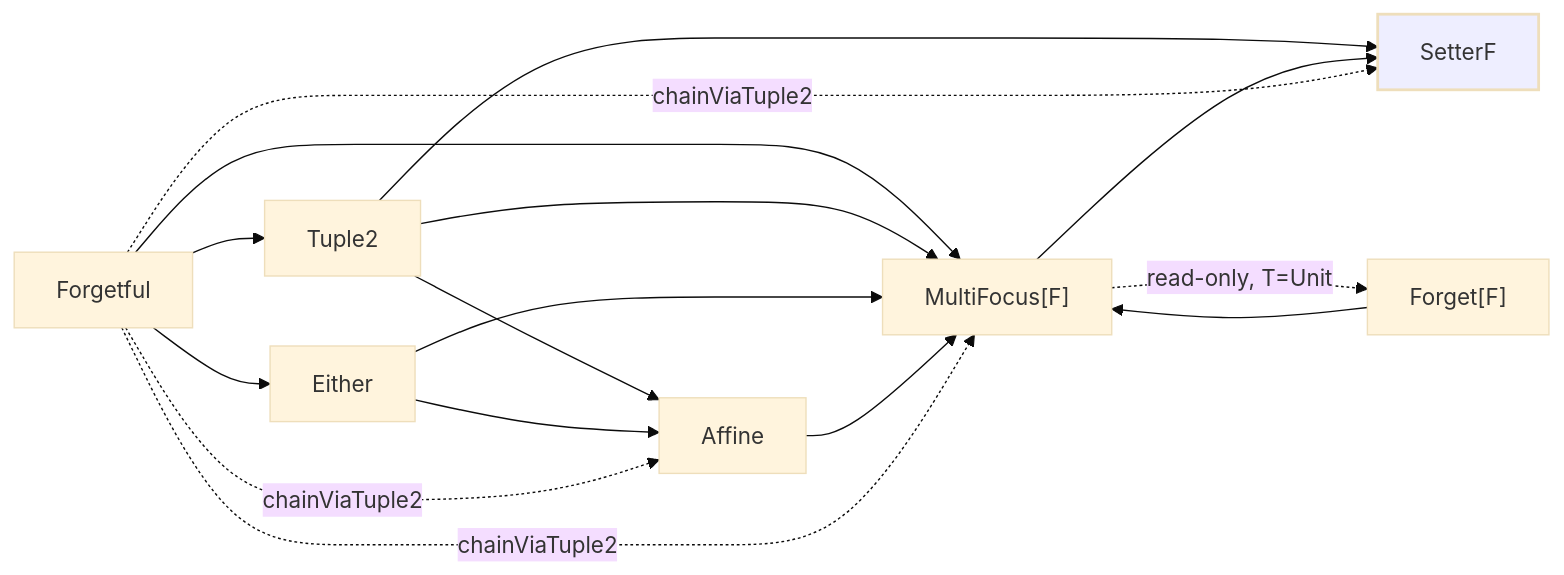
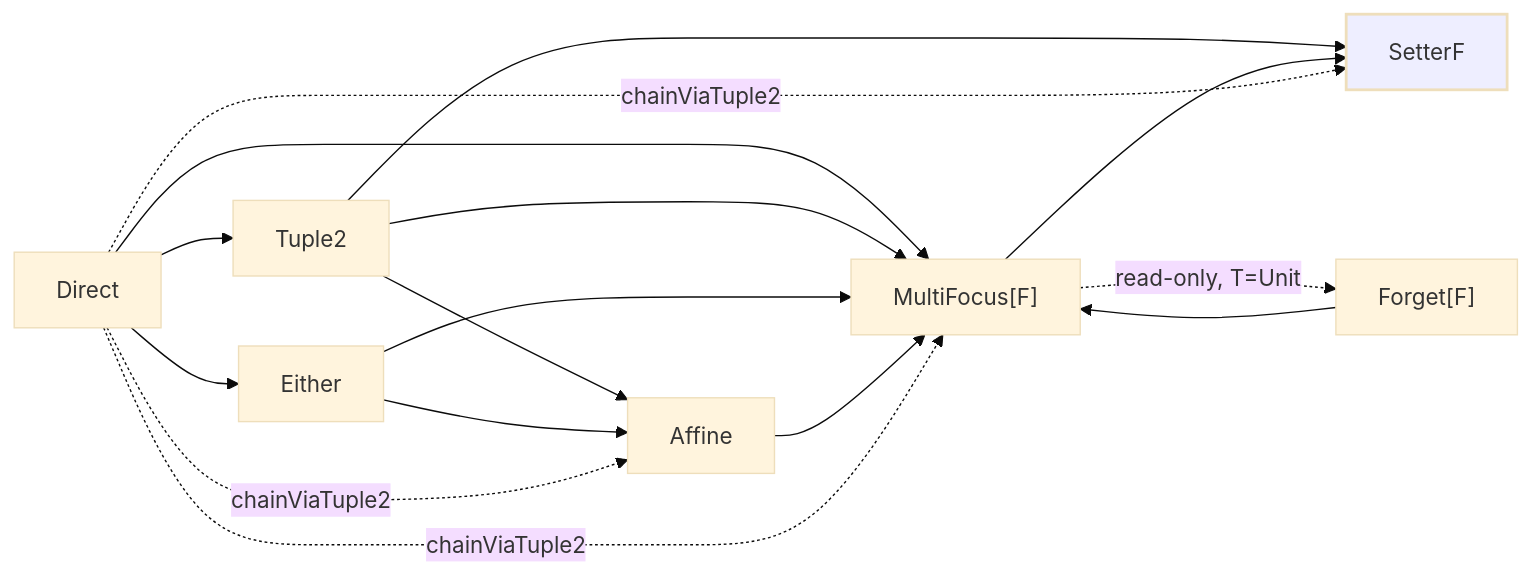
One commit to Constructive-Programming/eo changed the diagram in site/docs/concepts.md. Above: the diagram before and after it, drawn with Mermaid (base theme). The commit also changed other lines of this file and 33 other files, not shown here.

First line of the commit message:
refactor!: rename identity carrier Forgetful -> Direct

````diff
--- a/site/docs/concepts.md
+++ b/site/docs/concepts.md
@@ -177,20 +177,20 @@
 ```mermaid
 flowchart LR
-  Forgetful --> Tuple2
-  Forgetful --> Either
-  Forgetful --> MFocus["MultiFocus[F]"]
+  Direct --> Tuple2
+  Direct --> Either
+  Direct --> MFocus["MultiFocus[F]"]
   Tuple2 --> Affine
   Tuple2 --> SetterF
   Tuple2 --> MFocus
   Either --> Affine
   Either --> MFocus
   Affine --> MFocus
   ForgetF["Forget[F]"] --> MFocus
   MFocus --> SetterF
   MFocus -.->|read-only, T=Unit| ForgetF
-  Forgetful -.->|chainViaTuple2| Affine
-  Forgetful -.->|chainViaTuple2| SetterF
-  Forgetful -.->|chainViaTuple2| MFocus
+  Direct -.->|chainViaTuple2| Affine
+  Direct -.->|chainViaTuple2| SetterF
+  Direct -.->|chainViaTuple2| MFocus
   SetterF:::sink
   classDef sink stroke-dasharray: 0,stroke-width:2px,fill:#eef
 ```
````
